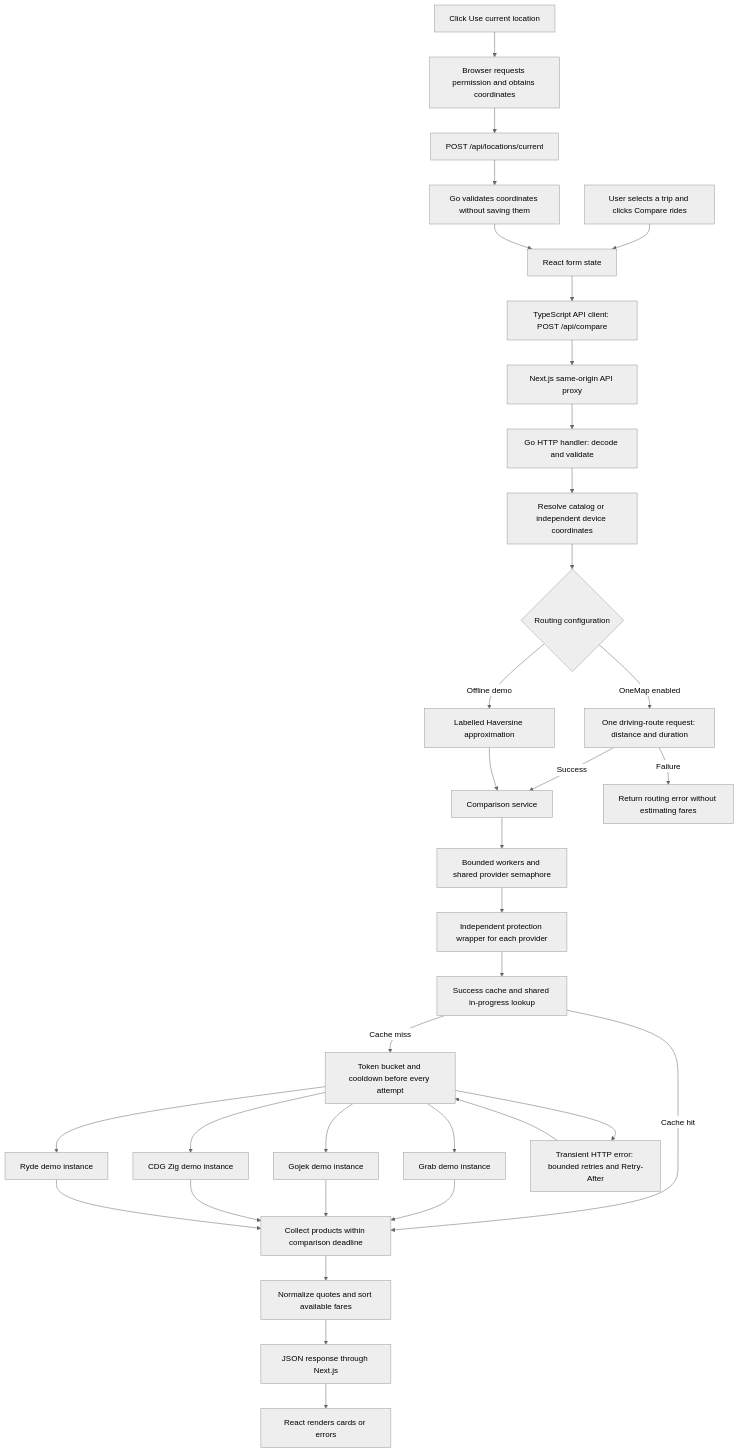
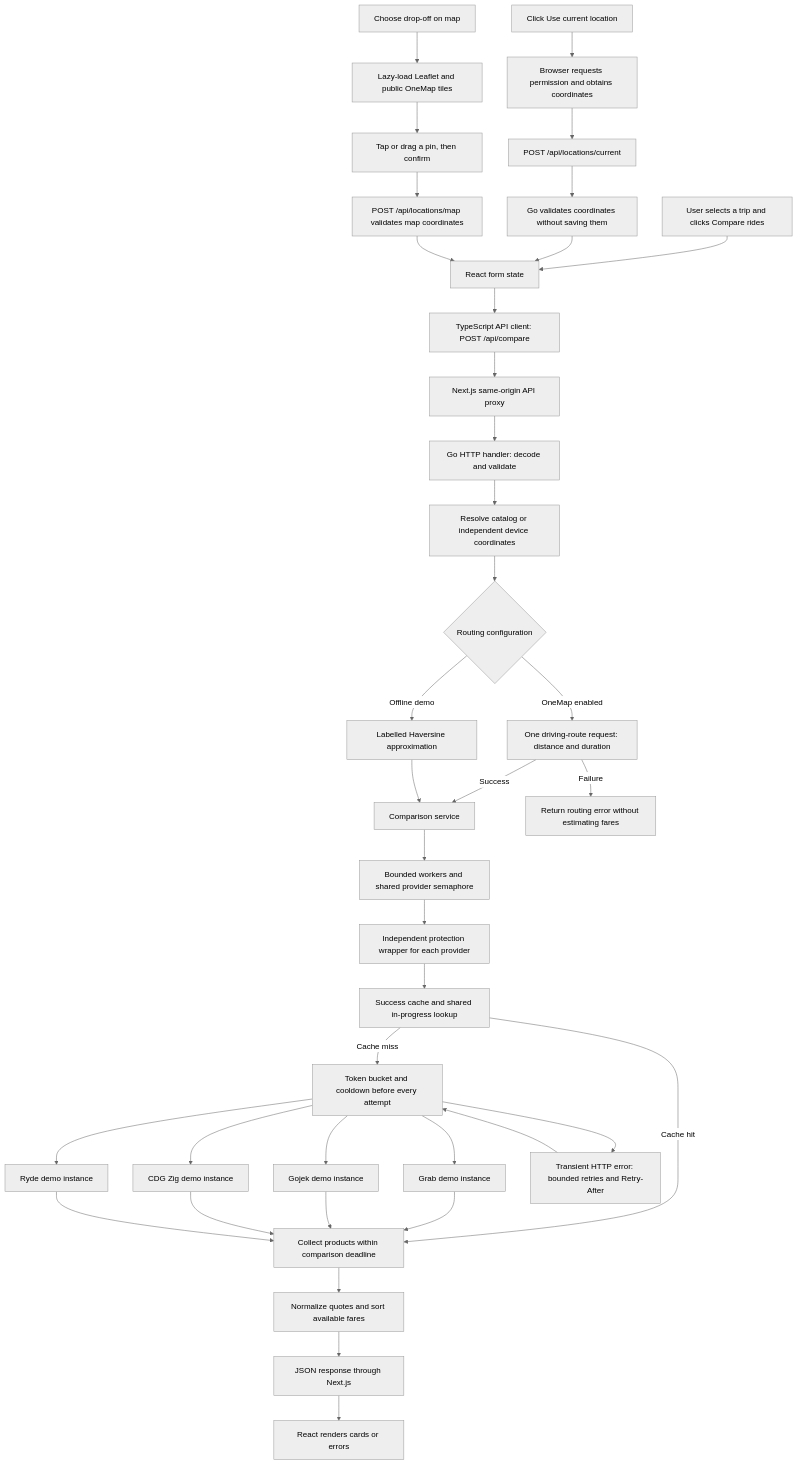
One commit to Raghaaavvv/farewise changed the diagram in README.md. Above: the diagram before and after it, drawn with Mermaid (neutral theme). The commit also changed other lines of this file and 23 other files, not shown here.

Commit message:
Add OneMap destination picker and local token setup

````diff
--- a/README.md
+++ b/README.md
@@ -55,36 +57,40 @@
 ```mermaid
 flowchart TD
     A[User selects a trip and clicks Compare rides] --> B[React form state]
     B --> C[TypeScript API client: POST /api/compare]
     C --> D[Next.js same-origin API proxy]
     D --> E[Go HTTP handler: decode and validate]
     E --> F[Resolve catalog or independent device coordinates]
     F --> Y{Routing configuration}
     Y -->|OneMap enabled| Z[One driving-route request: distance and duration]
     Y -->|Offline demo| AA[Labelled Haversine approximation]
     Z -->|Success| G[Comparison service]
     Z -->|Failure| AB[Return routing error without estimating fares]
     AA --> G
     G --> H[Bounded workers and shared provider semaphore]
     H --> U[Independent protection wrapper for each provider]
     U --> V[Success cache and shared in-progress lookup]
     V -->|Cache miss| W[Token bucket and cooldown before every attempt]
     W --> I[Grab demo instance]
     W --> J[Gojek demo instance]
     W --> K[CDG Zig demo instance]
     W --> L[Ryde demo instance]
     V -->|Cache hit| M
     W --> X[Transient HTTP error: bounded retries and Retry-After]
     X --> W
     I --> M[Collect products within comparison deadline]
     J --> M
     K --> M
     L --> M
     M --> N[Normalize quotes and sort available fares]
     N --> O[JSON response through Next.js]
     O --> P[React renders cards or errors]
     Q[Click Use current location] --> R[Browser requests permission and obtains coordinates]
     R --> S[POST /api/locations/current]
     S --> T[Go validates coordinates without saving them]
     T --> B
+    AC[Choose drop-off on map] --> AD[Lazy-load Leaflet and public OneMap tiles]
+    AD --> AE[Tap or drag a pin, then confirm]
+    AE --> AF[POST /api/locations/map validates map coordinates]
+    AF --> B
 ```
````
